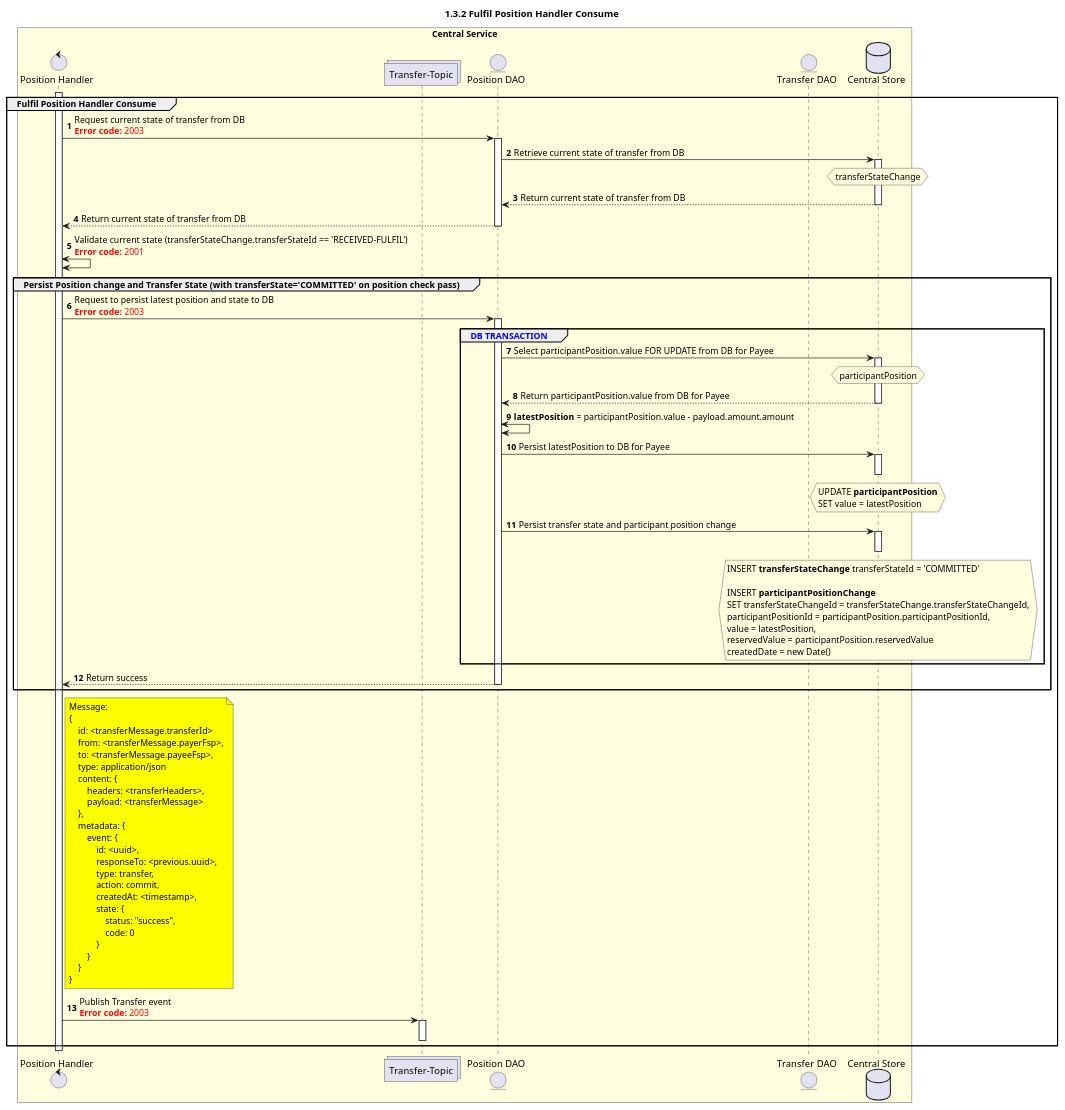
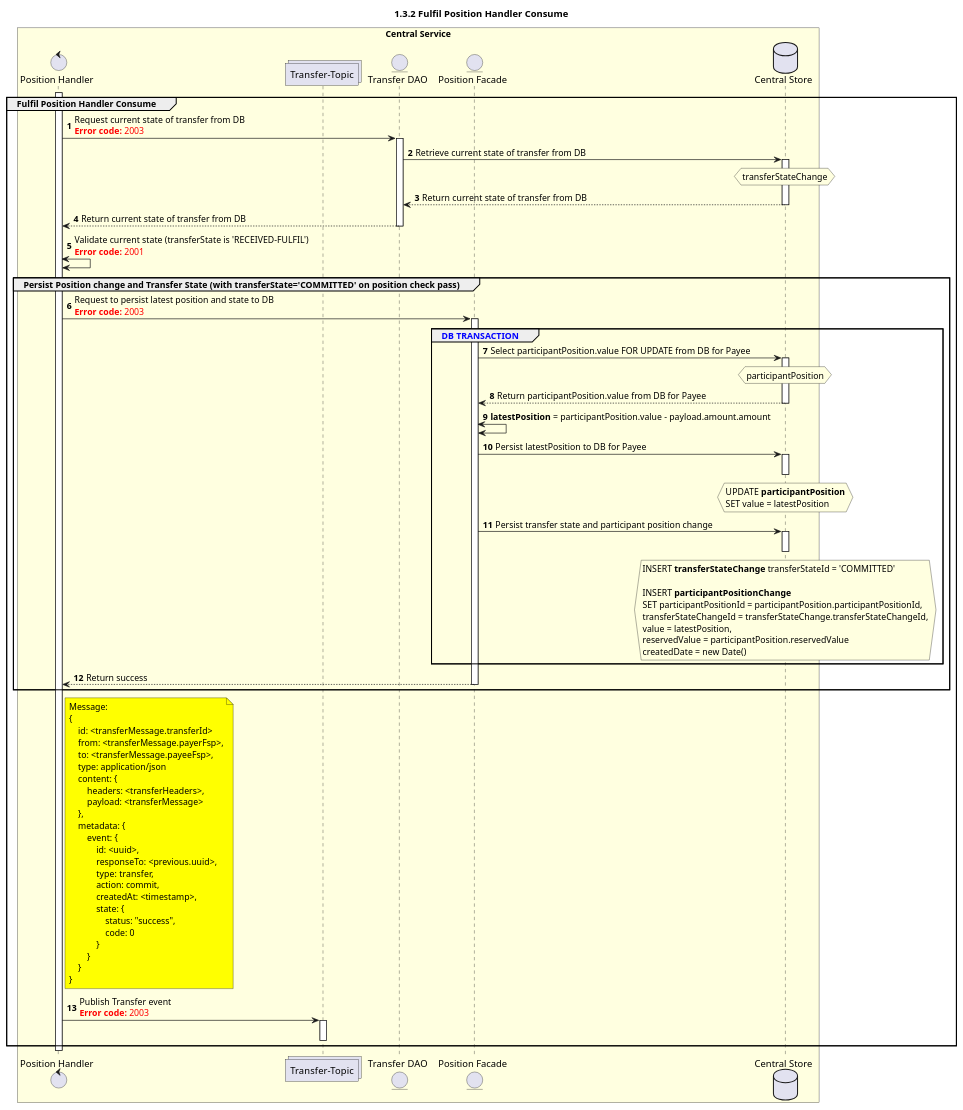
One commit to NicoDuvenage/docs-1 changed the diagram in CentralServices/seq_diagrams/seq-position-1.3.2-fulfil.plantuml. Above: the diagram before and after it, drawn with PlantUML. The commit also changed 17 other files, not shown here.

```diff
--- a/CentralServices/seq_diagrams/seq-position-1.3.2-fulfil.plantuml
+++ b/CentralServices/seq_diagrams/seq-position-1.3.2-fulfil.plantuml
@@ -1,117 +1,113 @@
 @startuml
 ' declate title
 title 1.3.2 Fulfil Position Handler Consume
 
 autonumber
 
 ' Actor Keys:
 '   boundary - APIs/Interfaces, etc
 '   collections - Kafka Topics
 '   control - Kafka Consumers
 '   entity - Database Access Objects
 '   database - Database Persistence Store
 
 ' declare actors
 control "Position Handler" as POS_HANDLER
 collections "Transfer-Topic" as TOPIC_TRANSFERS
-entity "Position DAO" as POS_DAO
-' collections "Notification-Topic" as TOPIC_NOTIFICATIONS
-' entity "Participant DAO" as PARTICIPANT_DAO
+entity "Position Facade" as POS_FACADE
 entity "Transfer DAO" as TRANS_DAO
 database "Central Store" as DB
 
 box "Central Service" #LightYellow
     participant POS_HANDLER
     participant TOPIC_TRANSFERS
-    ' participant TOPIC_NOTIFICATIONS
-    participant POS_DAO
-    ' participant PARTICIPANT_DAO
     participant TRANS_DAO
+    participant POS_FACADE
     participant DB
 end box
 
 ' start flow
 activate POS_HANDLER
 group Fulfil Position Handler Consume
-    POS_HANDLER -> POS_DAO: Request current state of transfer from DB \n<color #FF0000><b>Error code:</b> 2003</color>
-    activate POS_DAO
-    POS_DAO -> DB: Retrieve current state of transfer from DB
+    POS_HANDLER -> TRANS_DAO: Request current state of transfer from DB \n<color #FF0000><b>Error code:</b> 2003</color>
+    activate TRANS_DAO
+    TRANS_DAO -> DB: Retrieve current state of transfer from DB
     activate DB
     hnote over DB #lightyellow
         transferStateChange
     end note
-    DB --> POS_DAO: Return current state of transfer from DB
+    DB --> TRANS_DAO: Return current state of transfer from DB
     deactivate DB
-    POS_DAO --> POS_HANDLER: Return current state of transfer from DB
-    deactivate POS_DAO
-    POS_HANDLER <-> POS_HANDLER: Validate current state (transferStateChange.transferStateId == 'RECEIVED-FULFIL')\n<color #FF0000><b>Error code:</b> 2001</color>
+    TRANS_DAO --> POS_HANDLER: Return current state of transfer from DB
+    deactivate TRANS_DAO
+    POS_HANDLER <-> POS_HANDLER: Validate current state (transferState is 'RECEIVED-FULFIL')\n<color #FF0000><b>Error code:</b> 2001</color>
     group Persist Position change and Transfer State (with transferState='COMMITTED' on position check pass)
-        POS_HANDLER -> POS_DAO: Request to persist latest position and state to DB\n<color #FF0000><b>Error code:</b> 2003</color>
+        POS_HANDLER -> POS_FACADE: Request to persist latest position and state to DB\n<color #FF0000><b>Error code:</b> 2003</color>
         group <color #blue>DB TRANSACTION</color>
-            activate POS_DAO
-            POS_DAO -> DB: Select participantPosition.value FOR UPDATE from DB for Payee
+            activate POS_FACADE
+            POS_FACADE -> DB: Select participantPosition.value FOR UPDATE from DB for Payee
             activate DB
             hnote over DB #lightyellow
                 participantPosition
             end note
-            DB --> POS_DAO: Return participantPosition.value from DB for Payee
+            DB --> POS_FACADE: Return participantPosition.value from DB for Payee
             deactivate DB
-            POS_DAO <-> POS_DAO: **latestPosition** = participantPosition.value - payload.amount.amount
-            POS_DAO->DB: Persist latestPosition to DB for Payee
+            POS_FACADE <-> POS_FACADE: **latestPosition** = participantPosition.value - payload.amount.amount
+            POS_FACADE->DB: Persist latestPosition to DB for Payee
             hnote over DB #lightyellow
                 UPDATE **participantPosition**
                 SET value = latestPosition
             end note
             activate DB
             deactivate DB
-            POS_DAO -> DB: Persist transfer state and participant position change
+            POS_FACADE -> DB: Persist transfer state and participant position change
             hnote over DB #lightyellow
                     INSERT **transferStateChange** transferStateId = 'COMMITTED'
 
                     INSERT **participantPositionChange**
-                    SET transferStateChangeId = transferStateChange.transferStateChangeId,
-                    participantPositionId = participantPosition.participantPositionId,
+                    SET participantPositionId = participantPosition.participantPositionId,
+                    transferStateChangeId = transferStateChange.transferStateChangeId,
                     value = latestPosition,
                     reservedValue = participantPosition.reservedValue
                     createdDate = new Date()
             end note
             activate DB
             deactivate DB
             deactivate TRANS_DAO
         end
-        POS_DAO --> POS_HANDLER: Return success
-        deactivate POS_DAO
+        POS_FACADE --> POS_HANDLER: Return success
+        deactivate POS_FACADE
     end
 
     note right of POS_HANDLER #yellow
         Message:
         {
             id: <transferMessage.transferId>
             from: <transferMessage.payerFsp>,
             to: <transferMessage.payeeFsp>,
             type: application/json
             content: {
                 headers: <transferHeaders>,
                 payload: <transferMessage>
             },
             metadata: {
                 event: {
                     id: <uuid>,
                     responseTo: <previous.uuid>,
                     type: transfer,
                     action: commit,
                     createdAt: <timestamp>,
                     state: {
                         status: "success",
                         code: 0
                     }
                 }
             }
         }
     end note
     POS_HANDLER -> TOPIC_TRANSFERS: Publish Transfer event\n<color #FF0000><b>Error code:</b> 2003</color>
     activate TOPIC_TRANSFERS
     deactivate TOPIC_TRANSFERS
 end
 deactivate POS_HANDLER
 @enduml
```
